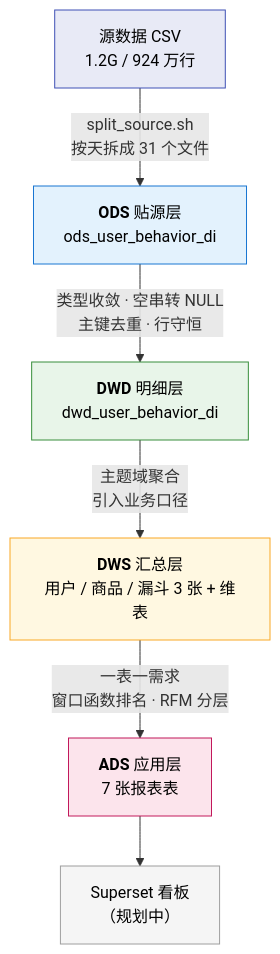
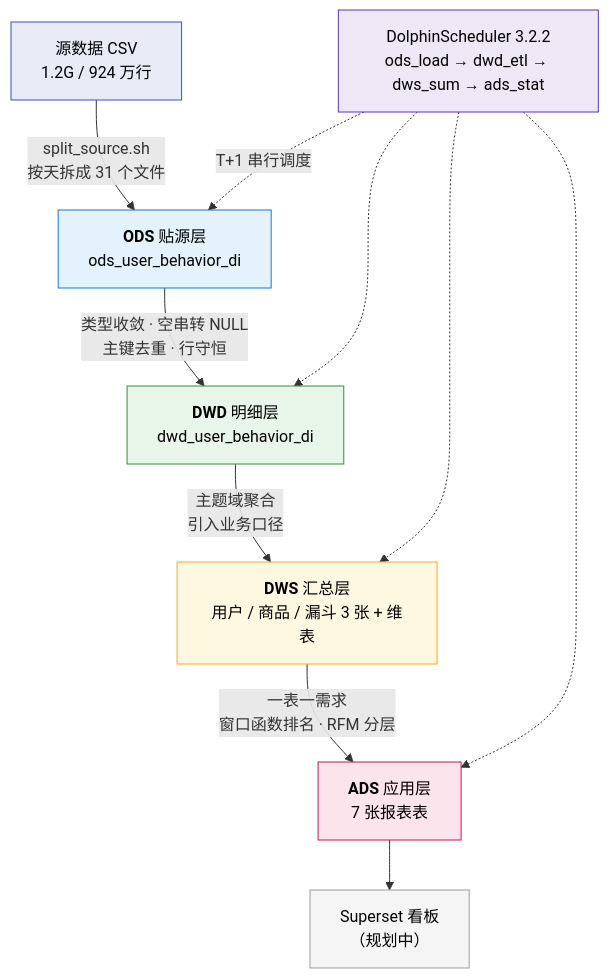
Before and after one commit to Enrrish/ecommerce-offline-datawarehouse: the diagram in README.md, drawn with Mermaid. The commit also changed other lines of this file, not shown here.

````diff
--- a/README.md
+++ b/README.md
@@ -47,15 +50,21 @@
 ```mermaid
 flowchart TD
     A["源数据 CSV<br/>1.2G / 924 万行"] -->|"split_source.sh<br/>按天拆成 31 个文件"| B["<b>ODS</b> 贴源层<br/>ods_user_behavior_di"]
     B -->|"类型收敛 · 空串转 NULL<br/>主键去重 · 行守恒"| C["<b>DWD</b> 明细层<br/>dwd_user_behavior_di"]
     C -->|"主题域聚合<br/>引入业务口径"| D["<b>DWS</b> 汇总层<br/>用户 / 商品 / 漏斗 3 张 + 维表"]
     D -->|"一表一需求<br/>窗口函数排名 · RFM 分层"| E["<b>ADS</b> 应用层<br/>7 张报表表"]
     E --> F["Superset 看板<br/>（规划中）"]
 
+    G["DolphinScheduler 3.2.2<br/>ods_load → dwd_etl → dws_sum → ads_stat"] -.->|"T+1 串行调度"| B
+    G -.-> C
+    G -.-> D
+    G -.-> E
+
     style A fill:#e8eaf6,stroke:#3f51b5,color:#000
     style B fill:#e3f2fd,stroke:#1976d2,color:#000
     style C fill:#e8f5e9,stroke:#388e3c,color:#000
     style D fill:#fff8e1,stroke:#f9a825,color:#000
     style E fill:#fce4ec,stroke:#c2185b,color:#000
     style F fill:#f5f5f5,stroke:#9e9e9e,color:#000
+    style G fill:#ede7f6,stroke:#5e35b1,color:#000
 ```
````
